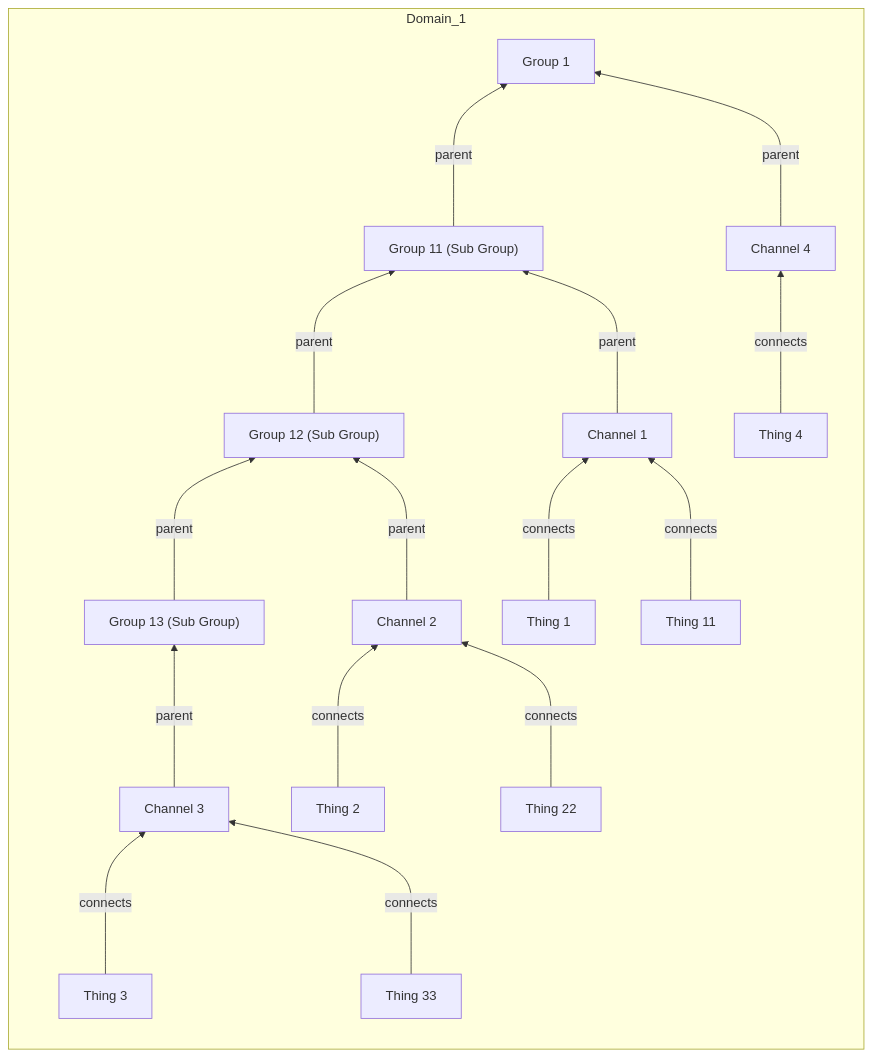
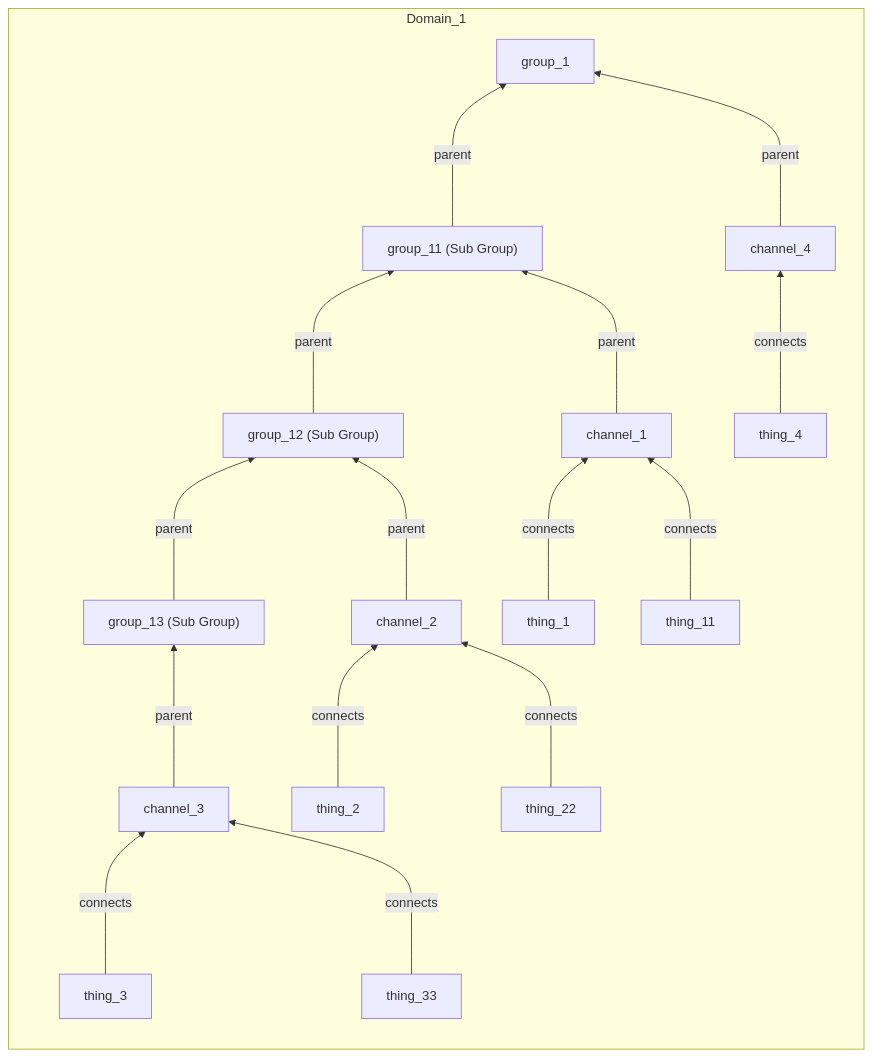
One commit to absmach/supermq-docs changed the eighth of 8 diagrams in docs/authorization.md. Above: the diagram before and after it, drawn with Mermaid. The commit also changed other lines of this file, not shown here.

````diff
--- a/docs/authorization.md
+++ b/docs/authorization.md
@@ -254,46 +248,46 @@
 ```mermaid
 graph
   subgraph Domain_1
     direction BT
 
-    Gr1["Group 1"]
+    Gr1["group_1"]
 
-    Gr11["Group 11 (Sub Group)"]
-    Gr12["Group 12 (Sub Group)"]
-    Gr13["Group 13 (Sub Group)"]
+    Gr11["group_11 (Sub Group)"]
+    Gr12["group_12 (Sub Group)"]
+    Gr13["group_13 (Sub Group)"]
 
 
-    Th1["Thing 1"]
-    Th11["Thing 11"]
-    Th2["Thing 2"]
-    Th22["Thing 22"]
-    Th3["Thing 3"]
-    Th33["Thing 33"]
-    Th4["Thing 4"]
+    Th1["thing_1"]
+    Th2["thing_2"]
+    Th3["thing_3"]
+    Th4["thing_4"]
+    Th11["thing_11"]
+    Th22["thing_22"]
+    Th33["thing_33"]
 
-    Ch1["Channel 1"]
-    Ch2["Channel 2"]
-    Ch3["Channel 3"]
-    Ch4["Channel 4"]
+    Ch1["channel_1"]
+    Ch2["channel_2"]
+    Ch3["channel_3"]
+    Ch4["channel_4"]
 
     Gr11 --->|parent| Gr1
     Ch4 --->|parent| Gr1
     Gr12 --->|parent| Gr11
     Gr13 --->|parent| Gr12
 
     Ch1 --->|parent| Gr11
     Ch2 --->|parent| Gr12
     Ch3 --->|parent| Gr13
 
 
     Th1 --->|connects| Ch1
     Th11 --->|connects| Ch1
 
     Th2 --->|connects| Ch2
     Th22 --->|connects| Ch2
     Th3 --->|connects| Ch3
     Th33 --->|connects| Ch3
     Th4 --->|connects| Ch4
 
   end
 ```
````
